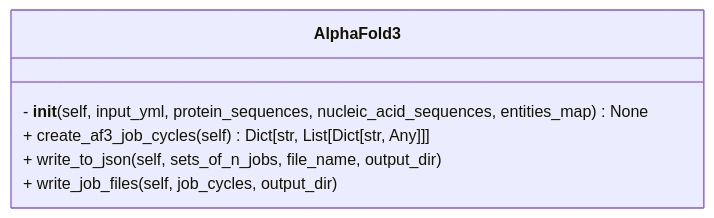
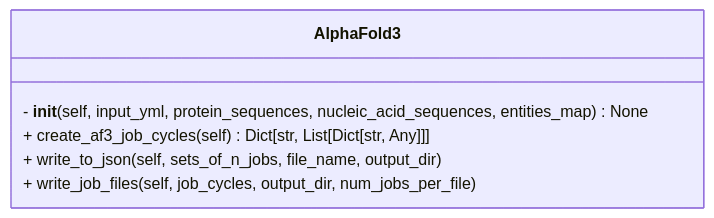
One commit to isblab/IMP_Toolbox changed the first of 3 diagrams in docs/af_pipeline/AFInput.md. Above: the diagram before and after it, drawn with Mermaid. The commit also changed other lines of this file, not shown here.

````diff
--- a/docs/af_pipeline/AFInput.md
+++ b/docs/af_pipeline/AFInput.md
@@ -167,14 +169,14 @@
 ```mermaid
 ---
 config:
     class:
         hideEmptyMembersBox: true
 ---
 classDiagram
   class AlphaFold3 {
       - __init__(self, input_yml, protein_sequences, nucleic_acid_sequences, entities_map) None
       + create_af3_job_cycles(self) Dict[str, List[Dict[str, Any]]]
       + write_to_json(self, sets_of_n_jobs, file_name, output_dir)
-      + write_job_files(self, job_cycles, output_dir)
+      + write_job_files(self, job_cycles, output_dir, num_jobs_per_file)
   }
 ```
````
